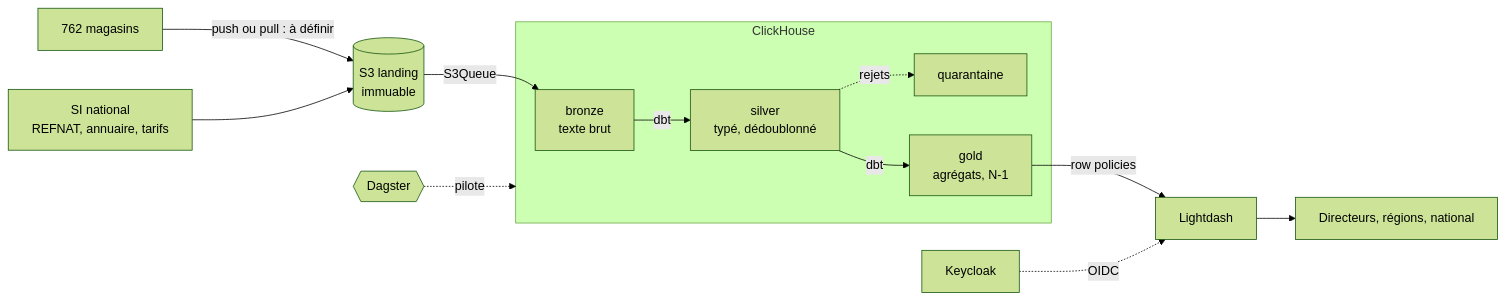
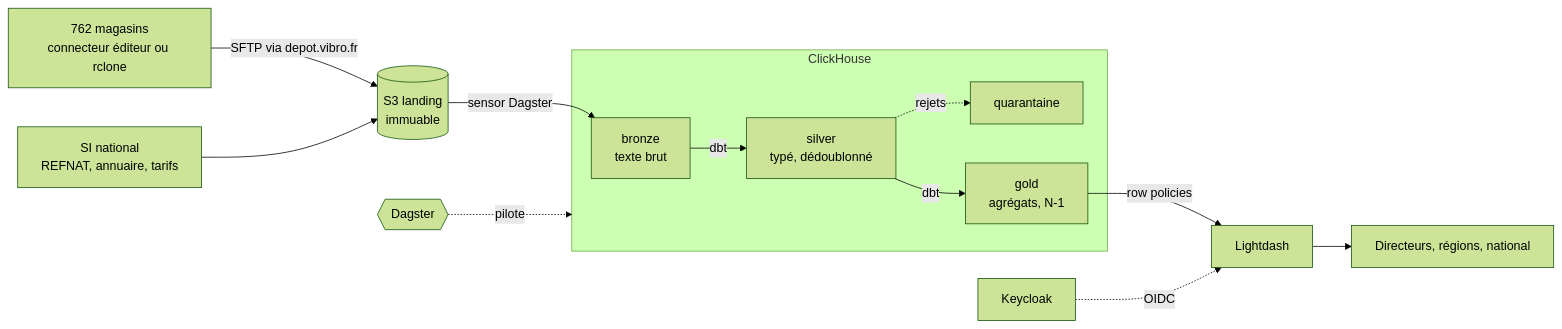
The first of 2 diagrams in docs/30-architecture/architecture-cible.md (Tayaa-corp/Vibro), drawn with Mermaid (forest theme) before and after one commit. The commit also changed other lines of this file and 5 other files, not shown here.

Commit message:
docs: update target architecture & add diagrams

````diff
--- a/docs/30-architecture/architecture-cible.md
+++ b/docs/30-architecture/architecture-cible.md
@@ -34,15 +35,15 @@
 ```mermaid
 flowchart LR
-    M["762 magasins"] -->|"push ou pull : à définir"| L[("S3 landing<br>immuable")]
+    M["762 magasins<br>connecteur éditeur ou rclone"] -->|"SFTP via depot.vibro.fr"| L[("S3 landing<br>immuable")]
     N["SI national<br>REFNAT, annuaire, tarifs"] --> L
-    L -->|S3Queue| B
+    L -->|"sensor Dagster"| B
     subgraph CH["ClickHouse"]
         B["bronze<br>texte brut"] -->|dbt| S["silver<br>typé, dédoublonné"]
         S -.->|rejets| Q["quarantaine"]
         S -->|dbt| G["gold<br>agrégats, N-1"]
     end
     D{{"Dagster"}} -.->|pilote| CH
     G -->|"row policies"| LD["Lightdash"]
     K["Keycloak"] -.->|OIDC| LD
     LD --> U["Directeurs, régions, national"]
 ```
````
